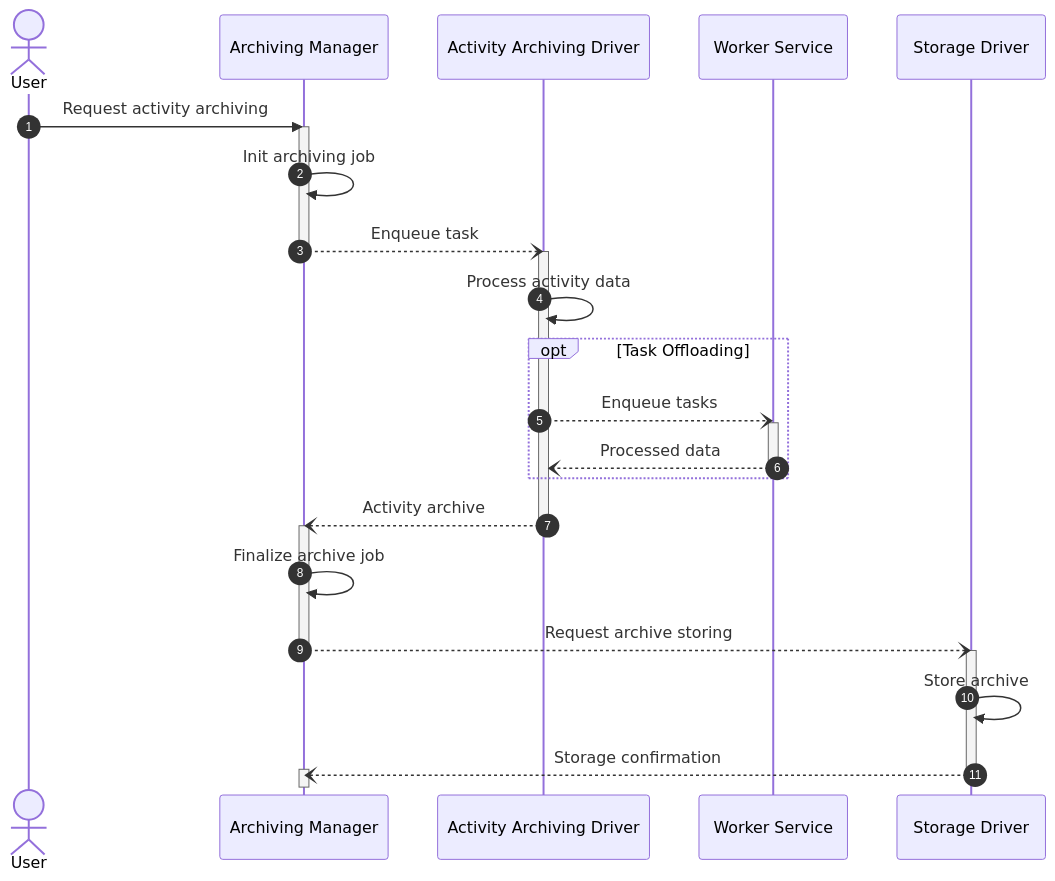
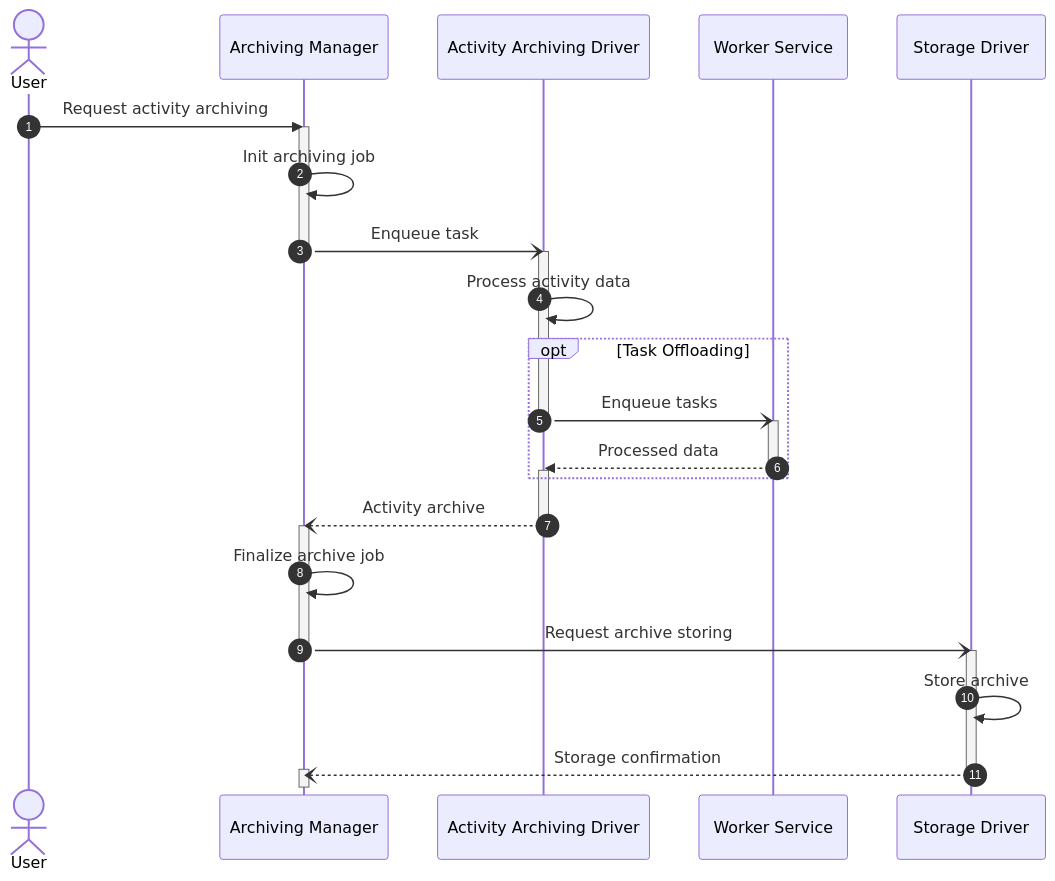
Before and after one commit to ngandrass/moodle-data-archiving-concept: the diagram in docs/architecture/components/archiving-manager.md, drawn with Mermaid.

Commit message:
Fix arrow styles in archiving manager overview sequence diagram

````diff
--- a/docs/architecture/components/archiving-manager.md
+++ b/docs/architecture/components/archiving-manager.md
@@ -68,38 +68,40 @@
 ```mermaid
 sequenceDiagram
     autonumber
     actor User
     
     %% User input
     User ->> Archiving Manager: Request activity archiving
 
     %% Job start
     activate Archiving Manager
     Archiving Manager ->> Archiving Manager: Init archiving job
-    Archiving Manager --) Activity Archiving Driver: Enqueue task
+    Archiving Manager -) Activity Archiving Driver: Enqueue task
     deactivate Archiving Manager
     
     %% Job processing
     activate Activity Archiving Driver
     Activity Archiving Driver ->> Activity Archiving Driver: Process activity data
     opt Task Offloading
-        Activity Archiving Driver --) Worker Service: Enqueue tasks
+        Activity Archiving Driver -) Worker Service: Enqueue tasks
+        deactivate Activity Archiving Driver
         activate Worker Service
-        Worker Service --) Activity Archiving Driver: Processed data
+        Worker Service -->> Activity Archiving Driver: Processed data
         deactivate Worker Service
+        activate Activity Archiving Driver
     end
     Activity Archiving Driver --) Archiving Manager: Activity archive
     deactivate Activity Archiving Driver
     
     %% Job postprocessing
     activate Archiving Manager
     Archiving Manager ->> Archiving Manager: Finalize archive job
-    Archiving Manager --) Storage Driver: Request archive storing
+    Archiving Manager -) Storage Driver: Request archive storing
     deactivate Archiving Manager
     activate Storage Driver
     Storage Driver ->> Storage Driver: Store archive
     Storage Driver --) Archiving Manager: Storage confirmation
     deactivate Storage Driver
     activate Archiving Manager
     deactivate Archiving Manager
 ```
````
